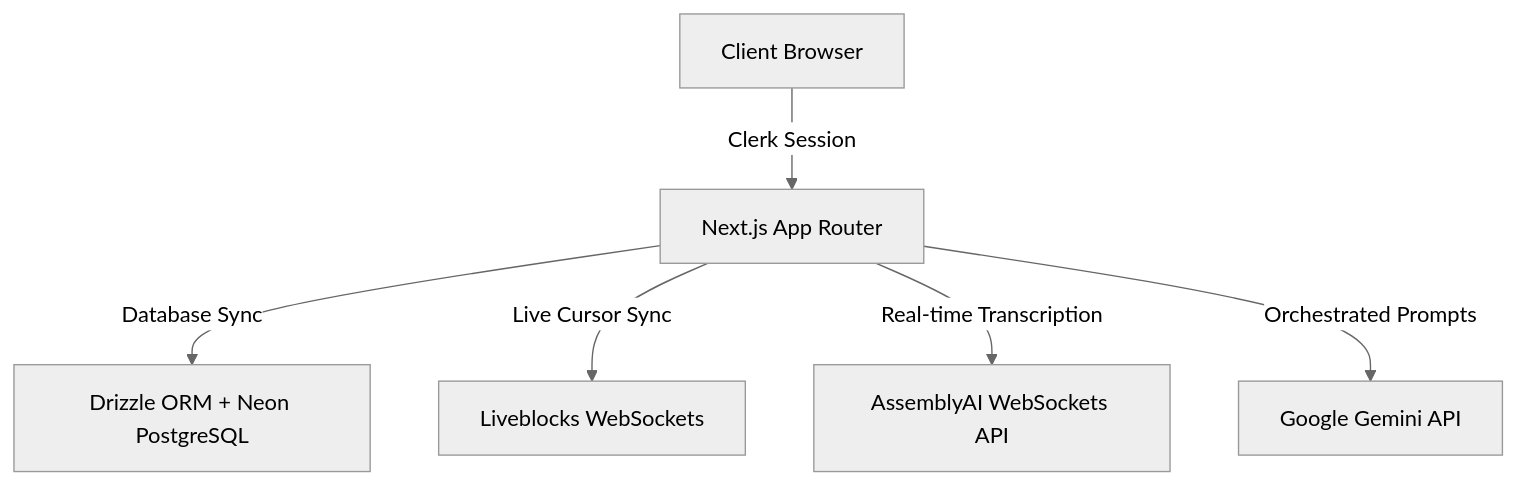
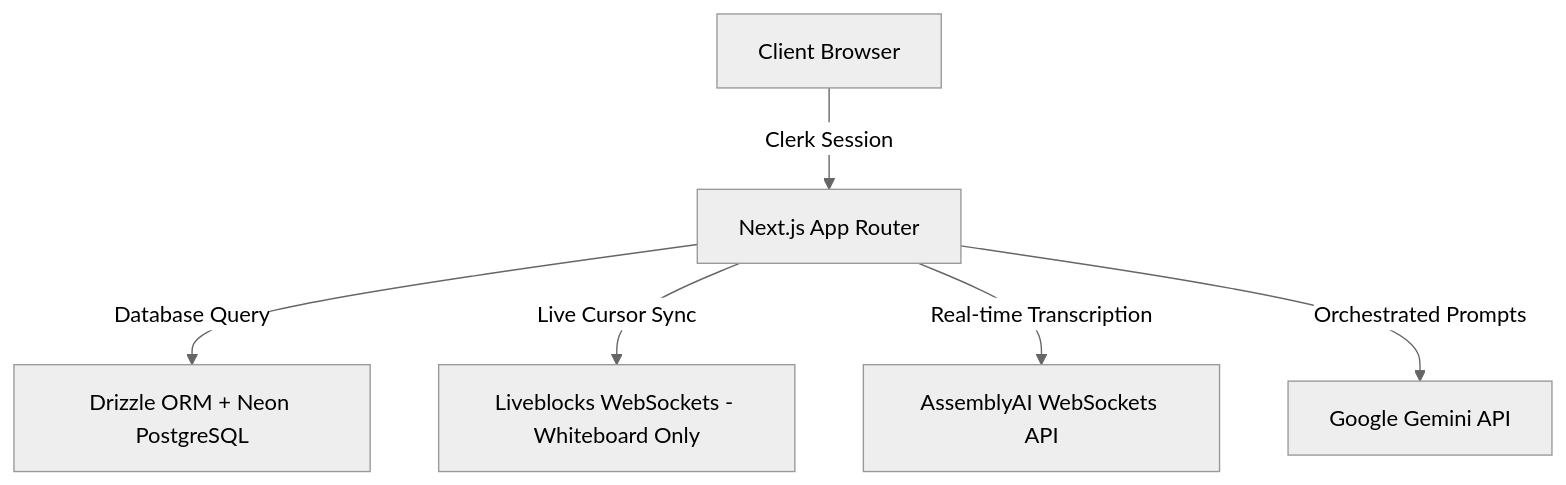
One commit to dakshgola/Worko changed the diagram in README.md. Above: the diagram before and after it, drawn with Mermaid (neutral theme). The commit also changed other lines of this file and 1 other file, not shown here.

````diff
--- a/README.md
+++ b/README.md
@@ -34,8 +38,8 @@
 ```mermaid
 graph TD
   User[Client Browser] -->|Clerk Session| Route[Next.js App Router]
-  Route -->|Database Sync| ORM[Drizzle ORM + Neon PostgreSQL]
-  Route -->|Live Cursor Sync| WS[Liveblocks WebSockets]
+  Route -->|Database Query| ORM[Drizzle ORM + Neon PostgreSQL]
+  Route -->|Live Cursor Sync| WS[Liveblocks WebSockets - Whiteboard Only]
   Route -->|Real-time Transcription| Audio[AssemblyAI WebSockets API]
   Route -->|Orchestrated Prompts| GenAI[Google Gemini API]
 ```
````
